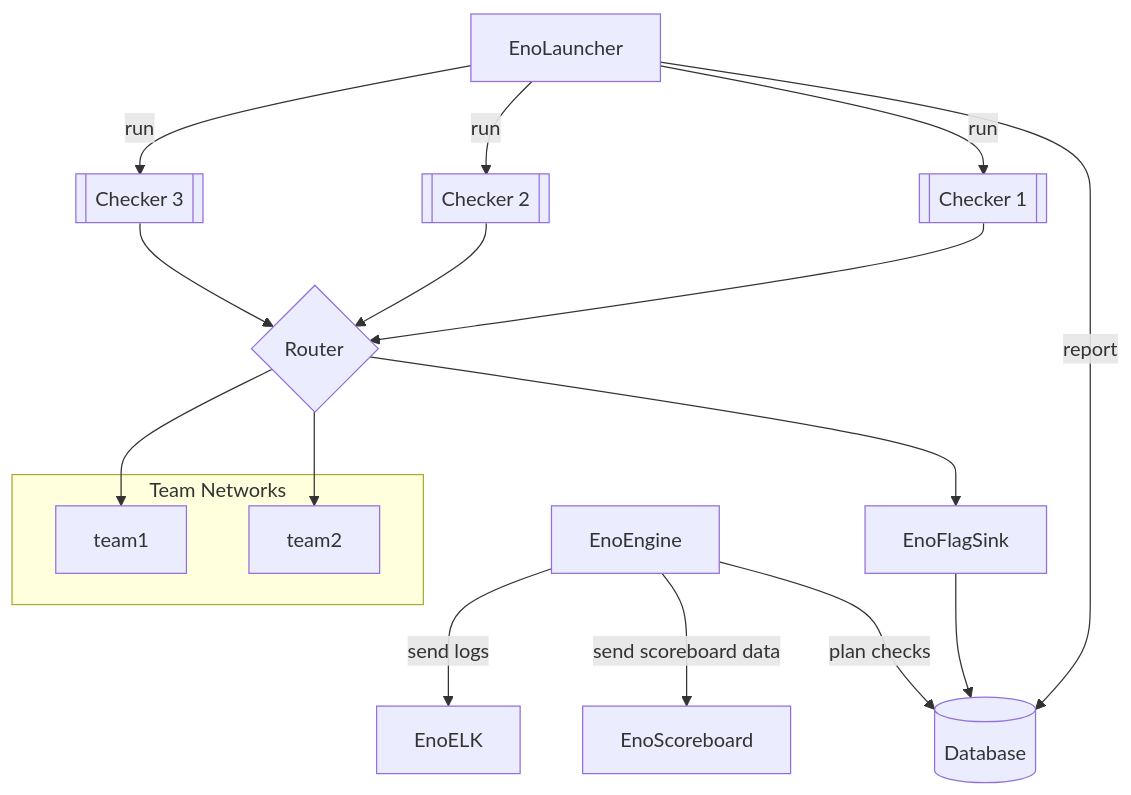
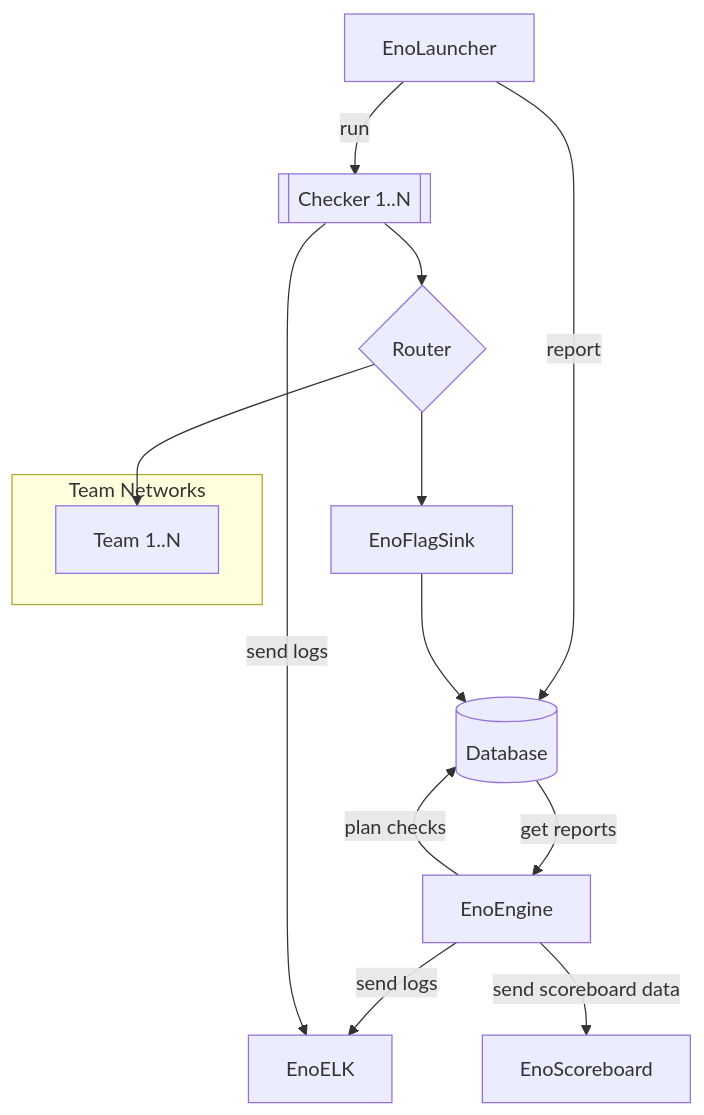
Before and after one commit to enowars/docs: the diagram in docs/index.md, drawn with Mermaid. The commit also changed other lines of this file and 5 other files, not shown here.

````diff
--- a/docs/index.md
+++ b/docs/index.md
@@ -28,35 +24,29 @@
 ```mermaid
 graph TB
     EnoLauncher
     EnoEngine
     EnoFlagSink
     EnoELK
     database[(Database)]
     router{Router}
-    checker1[[Checker 1]]
-    checker2[[Checker 2]]
-    checker3[[Checker 3]]
+    checker1[[Checker 1..N]]
 
 
+    router --> team
+    router --> EnoFlagSink
+    EnoEngine -->|send logs| EnoELK
+    EnoEngine -->|send scoreboard data| EnoScoreboard
+    EnoEngine -->|plan checks| database
+    database -->|get reports| EnoEngine
+    EnoLauncher -->|run| checker1
     EnoLauncher -->|report| database
     EnoFlagSink --> database
-    EnoEngine -->|send logs| EnoELK
-    EnoEngine -->|send scoreboard data| EnoScoreboard
-    EnoEngine -->|plan checks| database 
-    EnoLauncher -->|run| checker1
-    EnoLauncher -->|run| checker2
-    EnoLauncher -->|run| checker3
     checker1 --> router
-    checker2 --> router
-    checker3 --> router
-    router --> team1
-    router --> team2
-    router --> EnoFlagSink
+    checker1 -->|send logs| EnoELK
 
 
 
     subgraph teams[Team Networks]
-        team1
-        team2
+        team[Team 1..N]
     end
 ```
````
